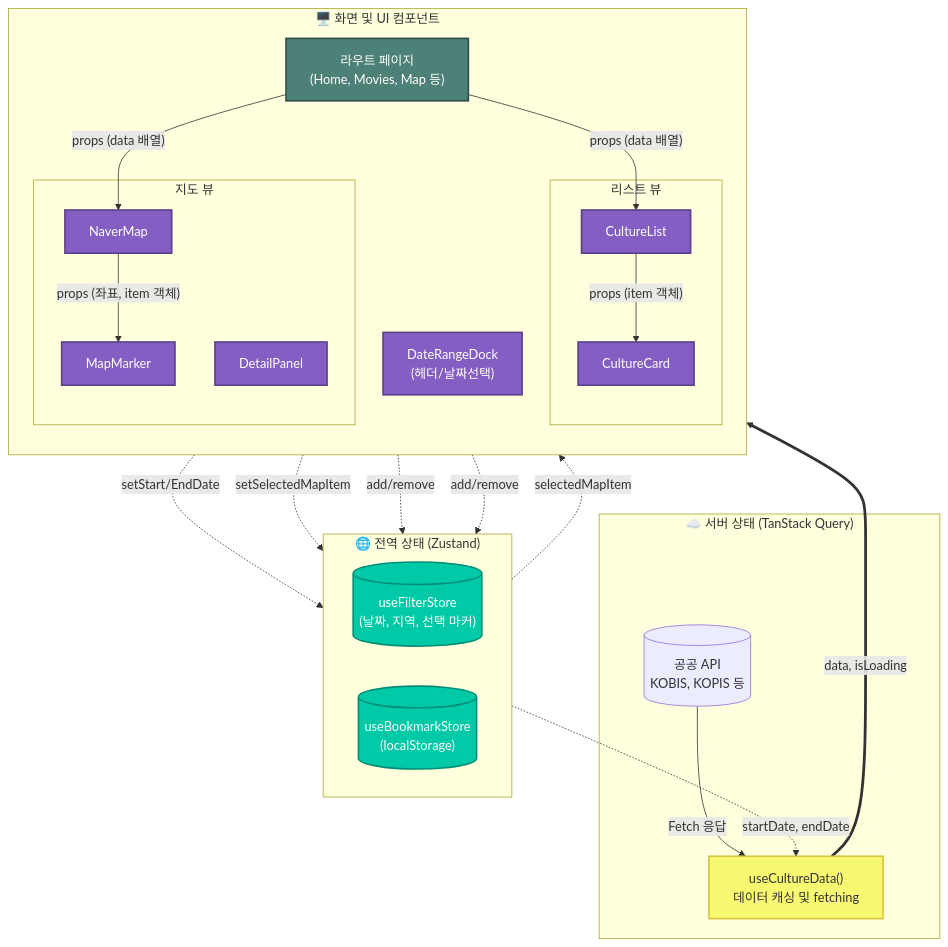
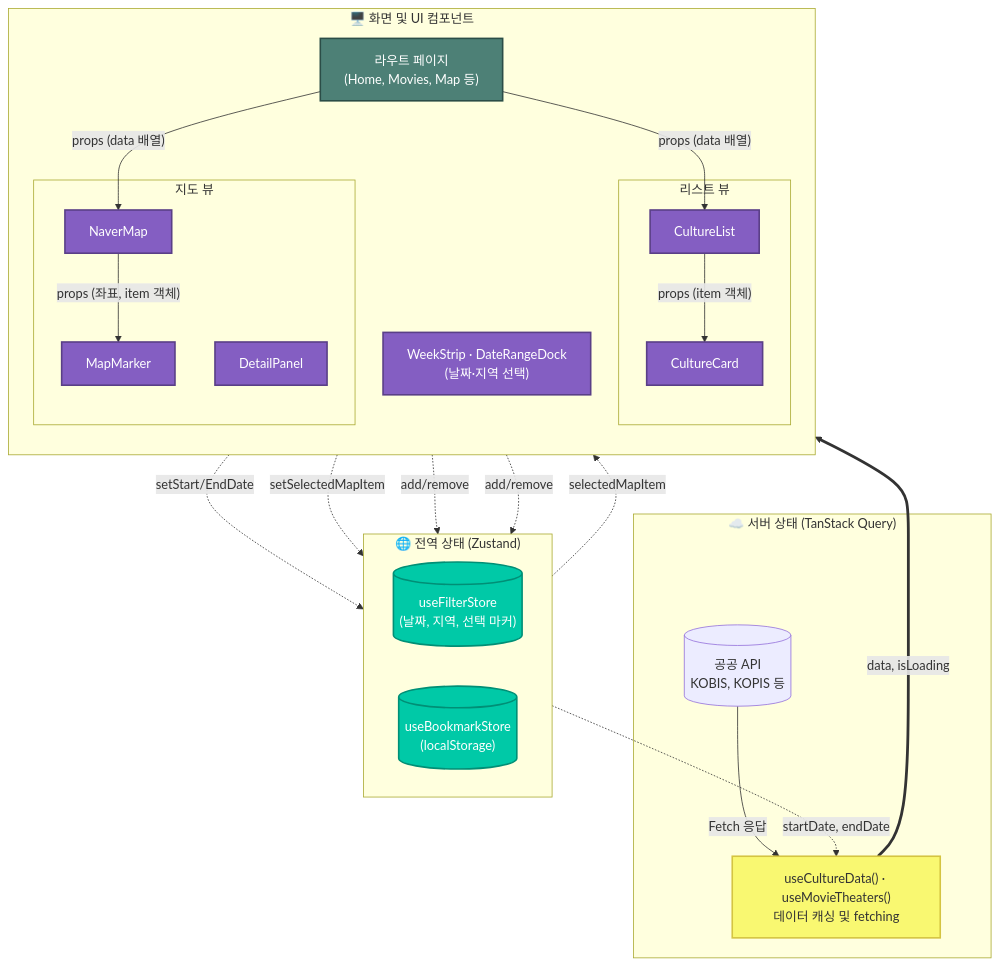
Before and after one commit to who307/culture-map: the diagram in README.md, drawn with Mermaid. The commit also changed other lines of this file and 5 other files, not shown here.

````diff
--- a/README.md
+++ b/README.md
@@ -174,50 +175,50 @@
 ```mermaid
 flowchart TB
     classDef server fill:#f9f871,stroke:#d4c442,stroke-width:2px,color:#333
     classDef zustand fill:#00c9a7,stroke:#008f76,stroke-width:2px,color:#fff
     classDef component fill:#4d8076,stroke:#2b4d47,stroke-width:2px,color:#fff
     classDef local fill:#845ec2,stroke:#5a3f87,stroke-width:2px,color:#fff
 
     subgraph ServerState ["☁️ 서버 상태 (TanStack Query)"]
         API[(공공 API\nKOBIS, KOPIS 등)]
-        CustomHook["useCultureData()\n데이터 캐싱 및 fetching"]:::server
+        CustomHook["useCultureData() · useMovieTheaters()\n데이터 캐싱 및 fetching"]:::server
         API -->|Fetch 응답| CustomHook
     end
 
     subgraph GlobalState ["🌐 전역 상태 (Zustand)"]
         direction LR
         FilterStore[("useFilterStore\n(날짜, 지역, 선택 마커)")]:::zustand
         BookmarkStore[("useBookmarkStore\n(localStorage)")]:::zustand
     end
 
     subgraph UIComponents ["🖥️ 화면 및 UI 컴포넌트"]
         direction TB
         PageComp["라우트 페이지\n(Home, Movies, Map 등)"]:::component
         
         subgraph ListArea ["리스트 뷰"]
             ListComp["CultureList"]:::local
             CardComp["CultureCard"]:::local
         end
         
         subgraph MapArea ["지도 뷰"]
             MapComp["NaverMap"]:::local
             MarkerComp["MapMarker"]:::local
             DetailComp["DetailPanel"]:::local
         end
         
-        HeaderComp["DateRangeDock\n(헤더/날짜선택)"]:::local
+        HeaderComp["WeekStrip · DateRangeDock\n(날짜·지역 선택)"]:::local
     end
 
     CustomHook == "data, isLoading" ==> PageComp
     PageComp -- "props (data 배열)" --> ListComp
     ListComp -- "props (item 객체)" --> CardComp
     PageComp -- "props (data 배열)" --> MapComp
     MapComp -- "props (좌표, item 객체)" --> MarkerComp
     
     HeaderComp -. "setStart/EndDate" .-> FilterStore
     FilterStore -. "startDate, endDate" .-> CustomHook
     MarkerComp -. "setSelectedMapItem" .-> FilterStore
     FilterStore -. "selectedMapItem" .-> DetailComp
     CardComp -. "add/remove" .-> BookmarkStore
     DetailComp -. "add/remove" .-> BookmarkStore
 ```
````
